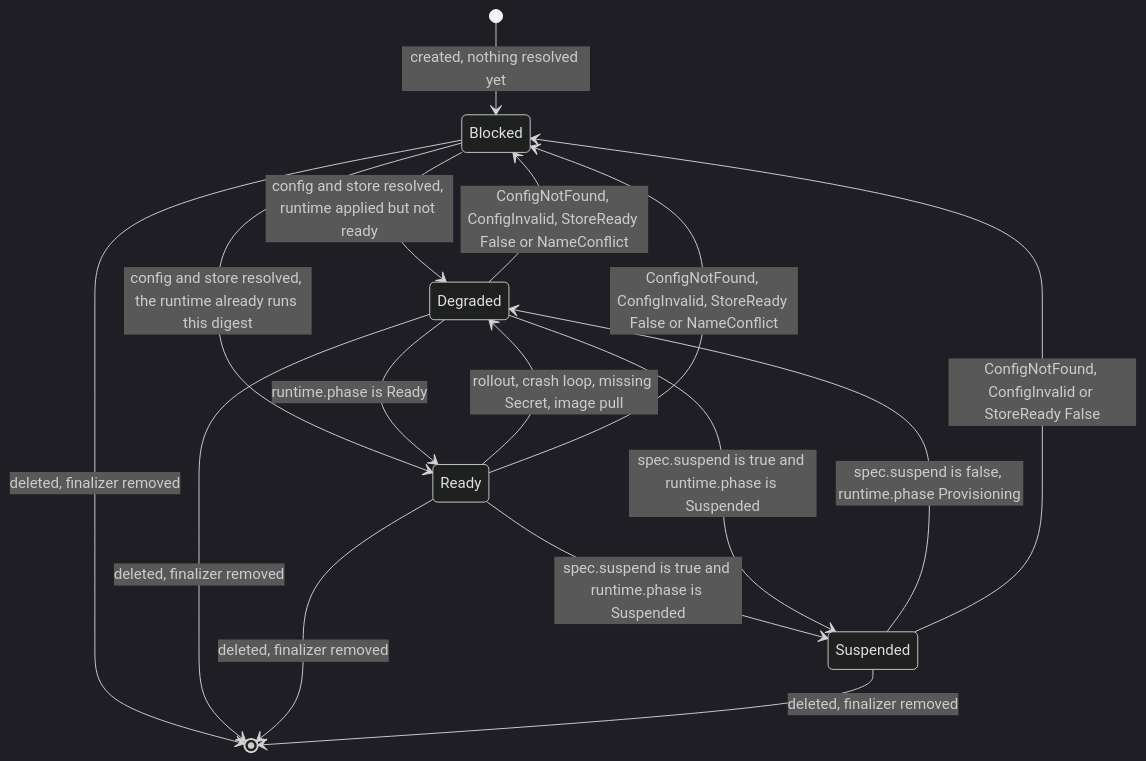
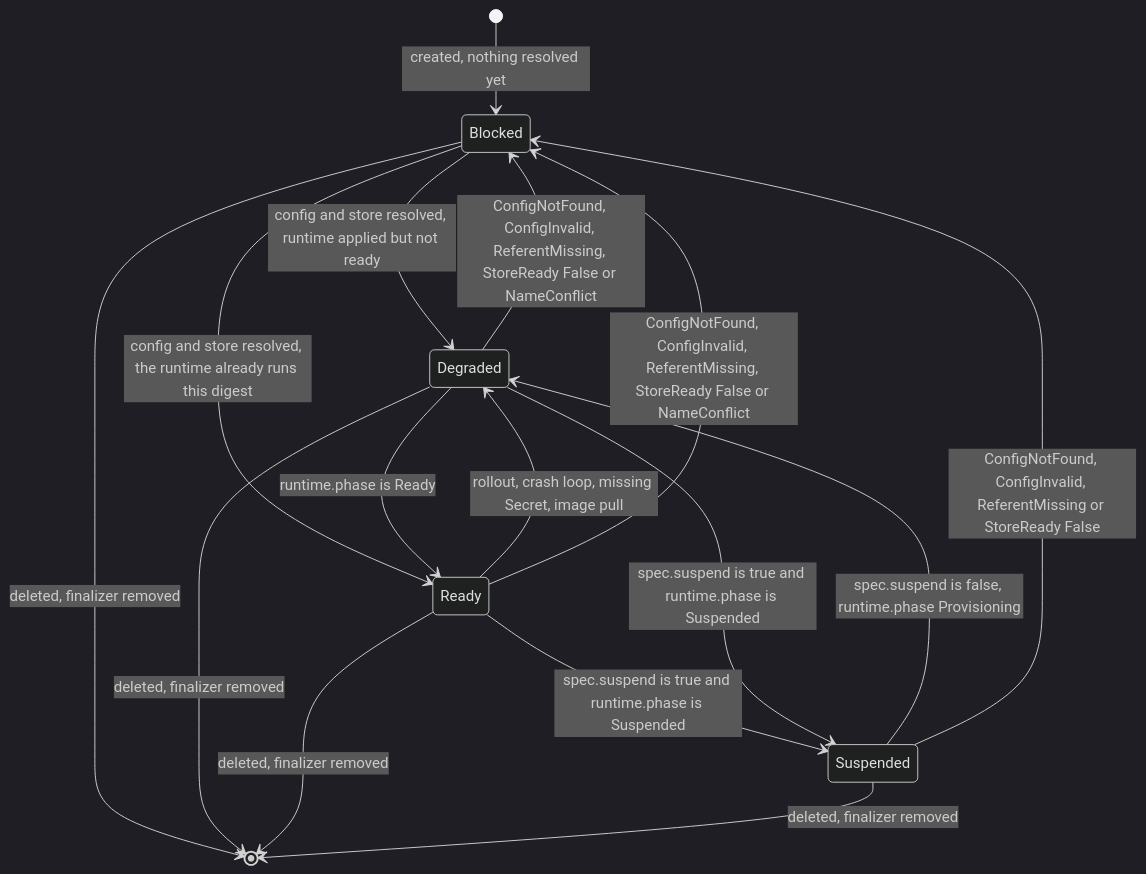
The third of 3 diagrams in crates/controller/README.md (vymalo/another-agentic-platform), drawn with Mermaid (dark theme) before and after one commit. The commit also changed other lines of this file and 14 other files, not shown here.

First line of the commit message:
feat(controller): give a missing referent its own ConfigResolved reason

````diff
--- a/crates/controller/README.md
+++ b/crates/controller/README.md
@@ -112,18 +112,18 @@
 ```mermaid
 stateDiagram-v2
     [*] --> Blocked: created, nothing resolved yet
     Blocked --> Degraded: config and store resolved, runtime applied but not ready
     Blocked --> Ready: config and store resolved, the runtime already runs this digest
     Degraded --> Ready: runtime.phase is Ready
     Ready --> Degraded: rollout, crash loop, missing Secret, image pull
-    Ready --> Blocked: ConfigNotFound, ConfigInvalid, StoreReady False or NameConflict
-    Degraded --> Blocked: ConfigNotFound, ConfigInvalid, StoreReady False or NameConflict
+    Ready --> Blocked: ConfigNotFound, ConfigInvalid, ReferentMissing, StoreReady False or NameConflict
+    Degraded --> Blocked: ConfigNotFound, ConfigInvalid, ReferentMissing, StoreReady False or NameConflict
     Ready --> Suspended: spec.suspend is true and runtime.phase is Suspended
     Degraded --> Suspended: spec.suspend is true and runtime.phase is Suspended
     Suspended --> Degraded: spec.suspend is false, runtime.phase Provisioning
-    Suspended --> Blocked: ConfigNotFound, ConfigInvalid or StoreReady False
+    Suspended --> Blocked: ConfigNotFound, ConfigInvalid, ReferentMissing or StoreReady False
     Blocked --> [*]: deleted, finalizer removed
     Degraded --> [*]: deleted, finalizer removed
     Ready --> [*]: deleted, finalizer removed
     Suspended --> [*]: deleted, finalizer removed
 ```
````
